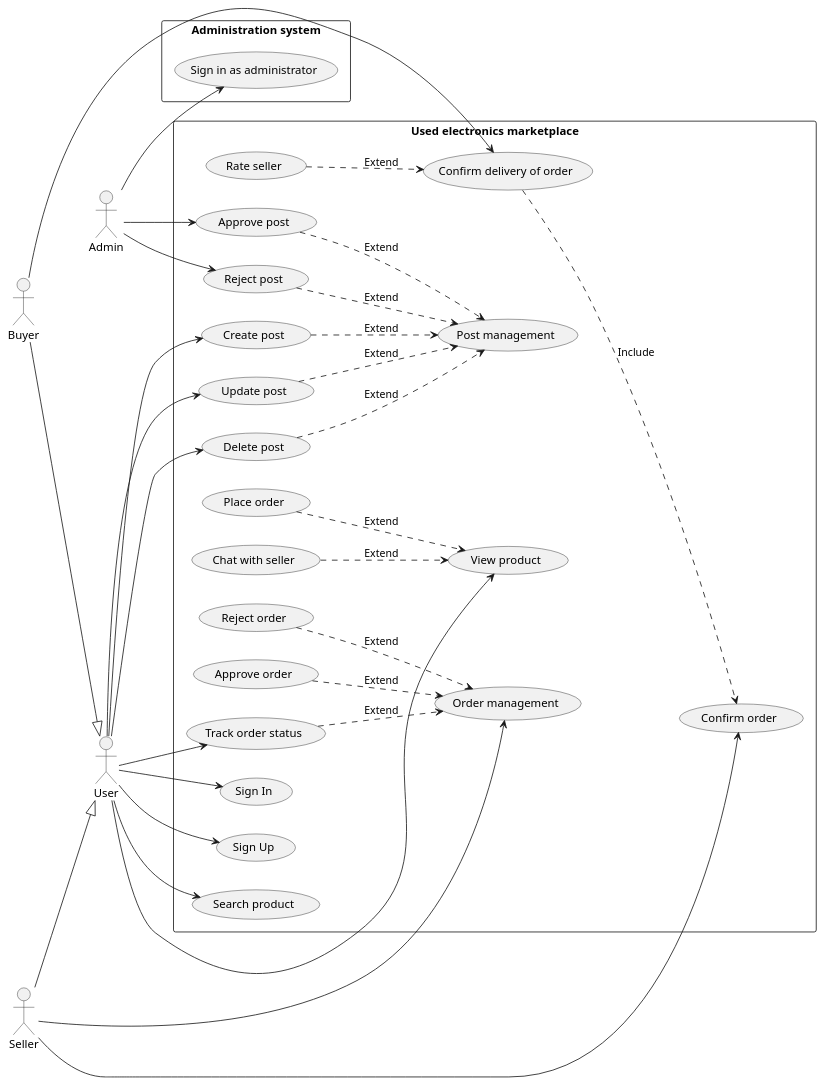
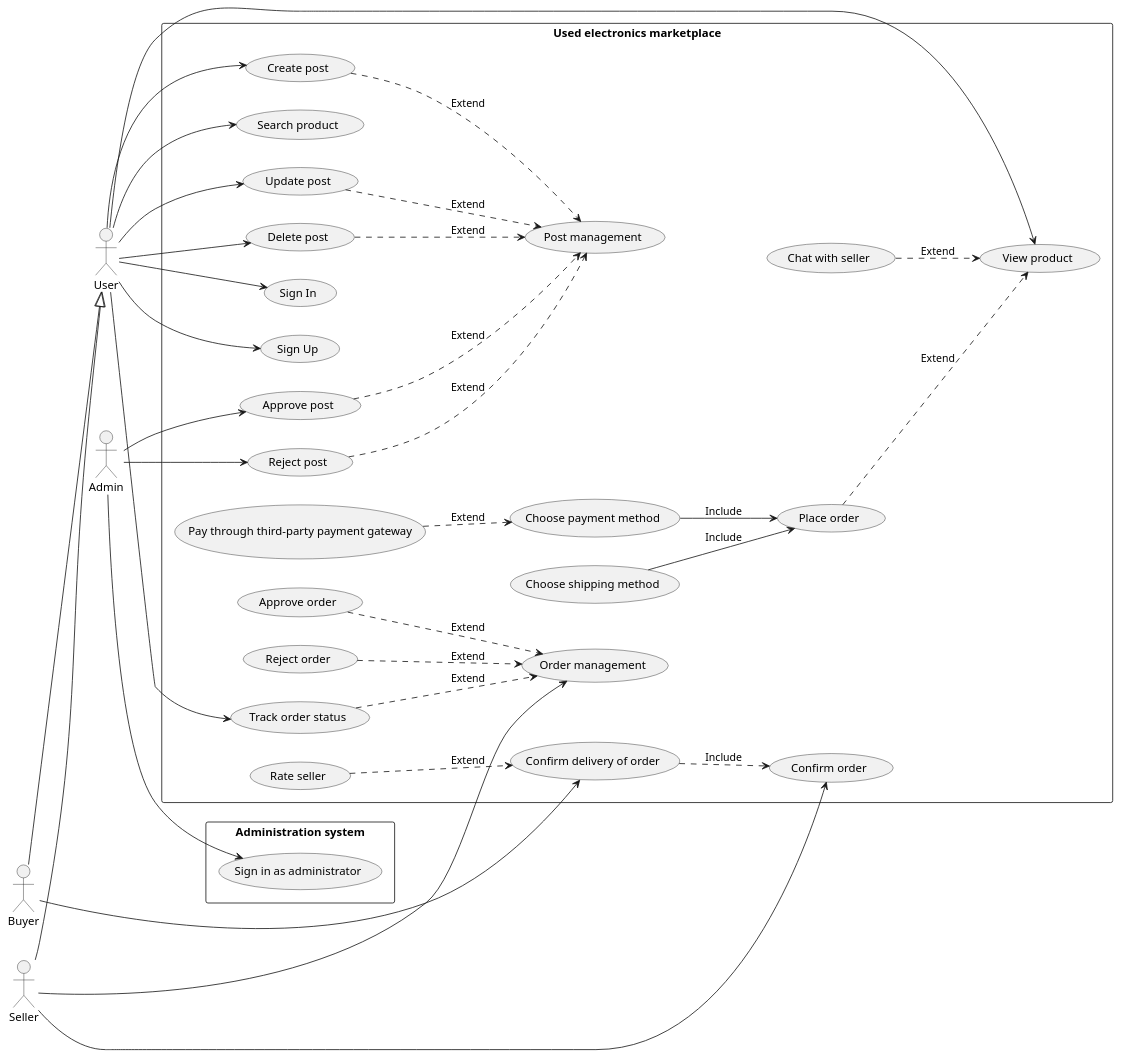
The diagram in Lab 1.2/puml-code/usecase.puml (doublek2712/SE357-Pratice-class), drawn with PlantUML before and after one commit. The commit also changed 1 other file, not shown here.

```diff
--- a/Lab 1.2/puml-code/usecase.puml
+++ b/Lab 1.2/puml-code/usecase.puml
@@ -1,42 +1,45 @@
 @startuml
 left to right direction
 skinparam packageStyle rectangle
 actor User
 actor Admin
 actor Buyer
 actor Seller
 rectangle "Used electronics marketplace" {
     User --> (Sign In)
     User --> (Sign Up)
     User --> (View product)
     User --> (Search product)
     (Create post) ..> (Post management): Extend
     (Update post) ..> (Post management): Extend
     (Delete post) ..> (Post management): Extend
     (Approve post) ..> (Post management): Extend
     (Reject post) ..> (Post management): Extend
     (Chat with seller) ..> (View product): Extend
     (Place order) ..> (View product): Extend
+    (Choose payment method) --> (Place order): Include
+    (Choose shipping method) --> (Place order): Include
+    (Pay through third-party payment gateway) ..> (Choose payment method): Extend
     User --> (Create post)
     User --> (Update post)
     User --> (Delete post)
     Admin --> (Approve post)
     Admin --> (Reject post)
     (Approve order) ..> (Order management): Extend
     (Reject order) ..> (Order management): Extend
     (Track order status) ..> (Order management): Extend
     Seller --> (Order management)
     User --> (Track order status)
     Buyer --> (Confirm delivery of order)
     (Rate seller) ..> (Confirm delivery of order): Extend
     Seller --> (Confirm order)
     (Confirm delivery of order) ..> (Confirm order): Include
 }
 rectangle "Administration system"{
     Admin --> (Sign in as administrator)
 }
 
 Buyer --|> User
 Seller --|> User
 
 @enduml
```
